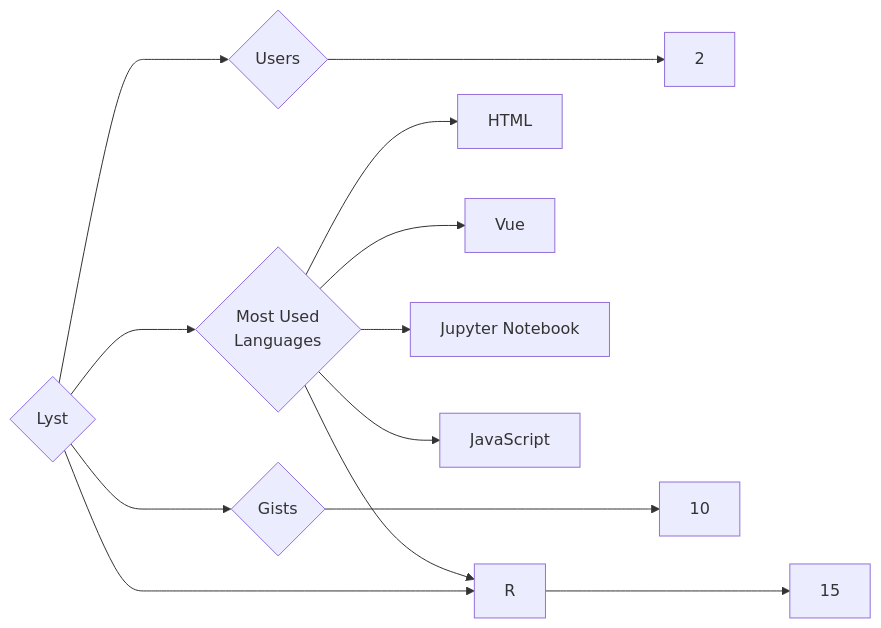
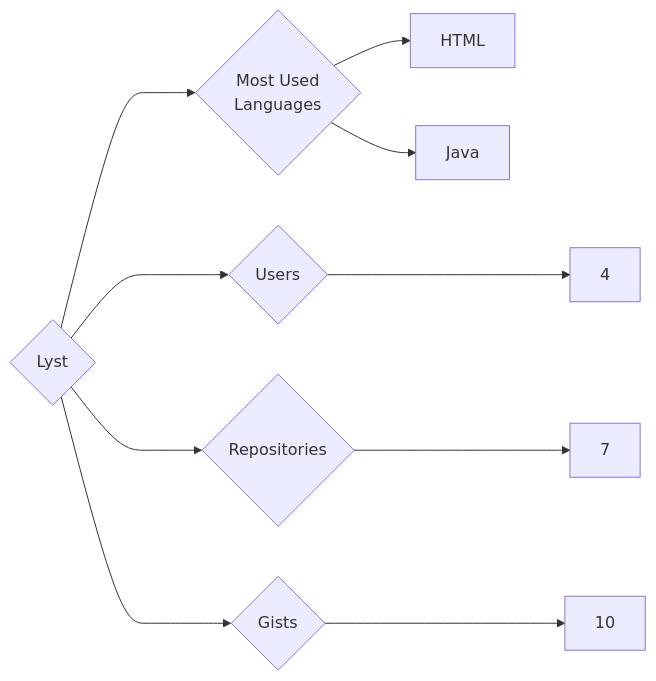
One commit to trickest/insiders changed the diagram in targets/Lyst/README.md. Above: the diagram before and after it, drawn with Mermaid. The commit also changed 1696 other files, not shown here.

````diff
--- a/targets/Lyst/README.md
+++ b/targets/Lyst/README.md
@@ -3,13 +3,10 @@
 ```mermaid
 graph LR
 COMPANY_NAME{Lyst}
-COMPANY_NAME ---> U{Users} ---> UN[2]
-COMPANY_NAME ---> R{Repositories} ---> RN[15]
+COMPANY_NAME ---> U{Users} ---> UN[4]
+COMPANY_NAME ---> R{Repositories} ---> RN[7]
 COMPANY_NAME ---> G{Gists} ---> GN[10]
 COMPANY_NAME ---> ML{Most Used<br>Languages}
 ML --> HTML[HTML]
-ML --> R[R]
-ML --> Vue[Vue]
-ML --> Jupyter_Notebook[Jupyter Notebook]
-ML --> JavaScript[JavaScript]
+ML --> Java[Java]
 ```
````
